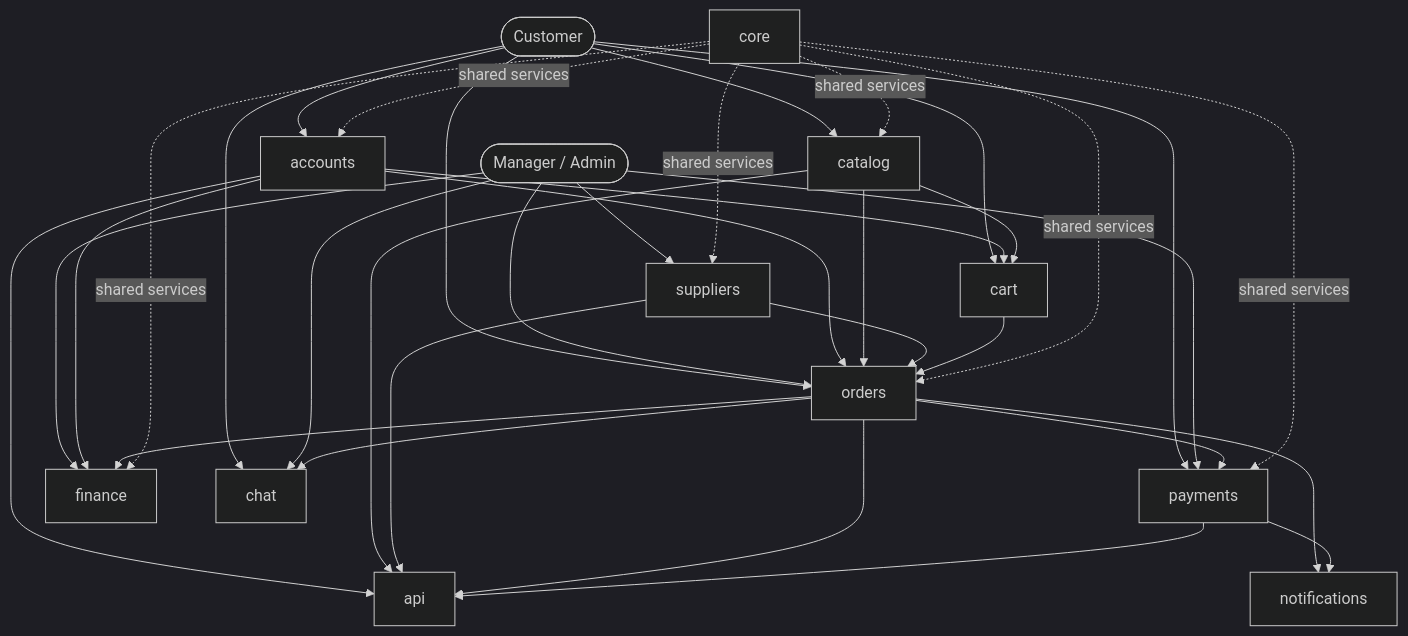
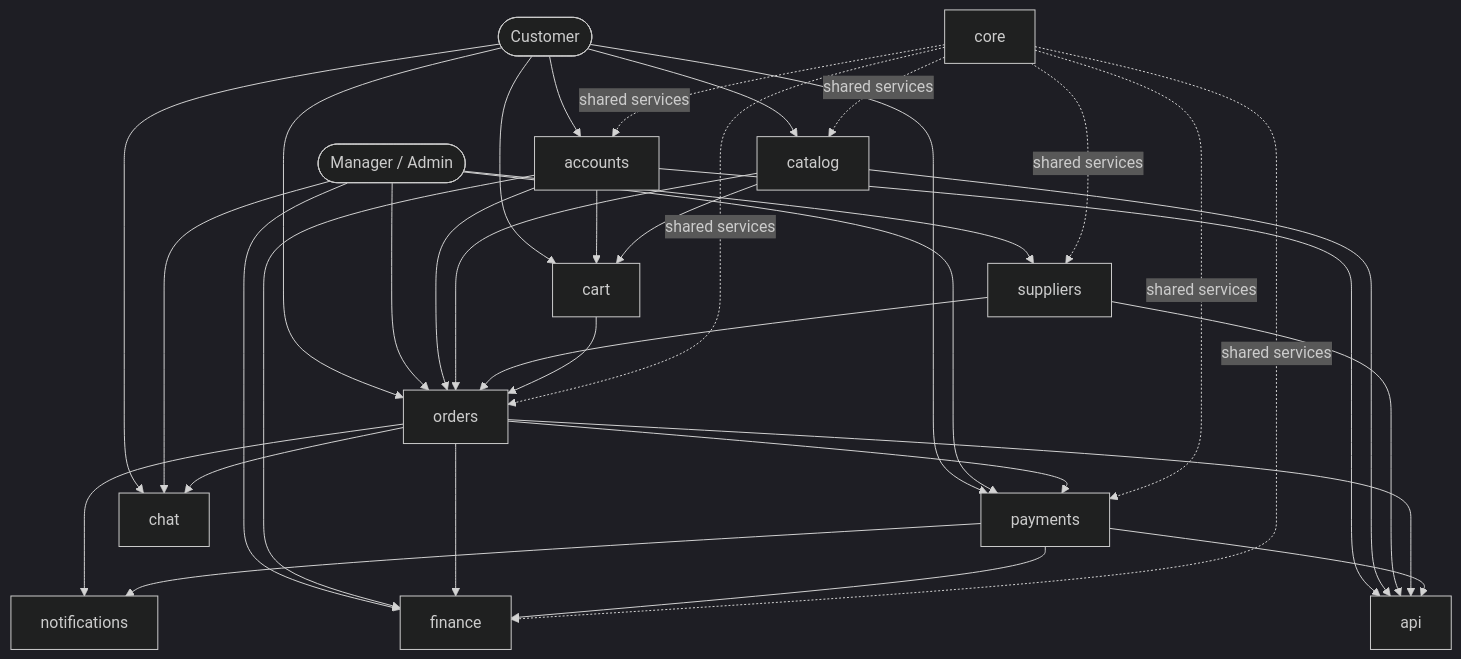
The first of 2 diagrams in README.md (asmpc/Shop_ePower), drawn with Mermaid (dark theme) before and after one commit. The commit also changed other lines of this file and 59 other files, not shown here.

````diff
--- a/README.md
+++ b/README.md
@@ -289,56 +305,57 @@
 ```mermaid
 flowchart TD
     Customer([Customer])
     Manager([Manager / Admin])
 
     Accounts[accounts]
     Catalog[catalog]
     Suppliers[suppliers]
     Cart[cart]
     Orders[orders]
     Payments[payments]
     Finance[finance]
     Notifications[notifications]
     Chat[chat]
     API[api]
     Core[core]
 
     Customer --> Accounts
     Customer --> Catalog
     Customer --> Cart
     Customer --> Orders
     Customer --> Payments
     Customer --> Chat
 
     Manager --> Orders
     Manager --> Payments
     Manager --> Finance
     Manager --> Chat
     Manager --> Suppliers
 
     Accounts --> Cart
     Accounts --> Orders
     Accounts --> Finance
     Catalog --> Cart
     Catalog --> Orders
     Suppliers --> Orders
     Cart --> Orders
     Orders --> Payments
     Orders --> Finance
     Orders --> Notifications
     Orders --> Chat
     Payments --> Notifications
+    Payments --> Finance
 
     Accounts --> API
     Catalog --> API
     Suppliers --> API
     Orders --> API
     Payments --> API
 
     Core -. shared services .-> Accounts
     Core -. shared services .-> Catalog
     Core -. shared services .-> Suppliers
     Core -. shared services .-> Orders
     Core -. shared services .-> Payments
     Core -. shared services .-> Finance
 ```
````
